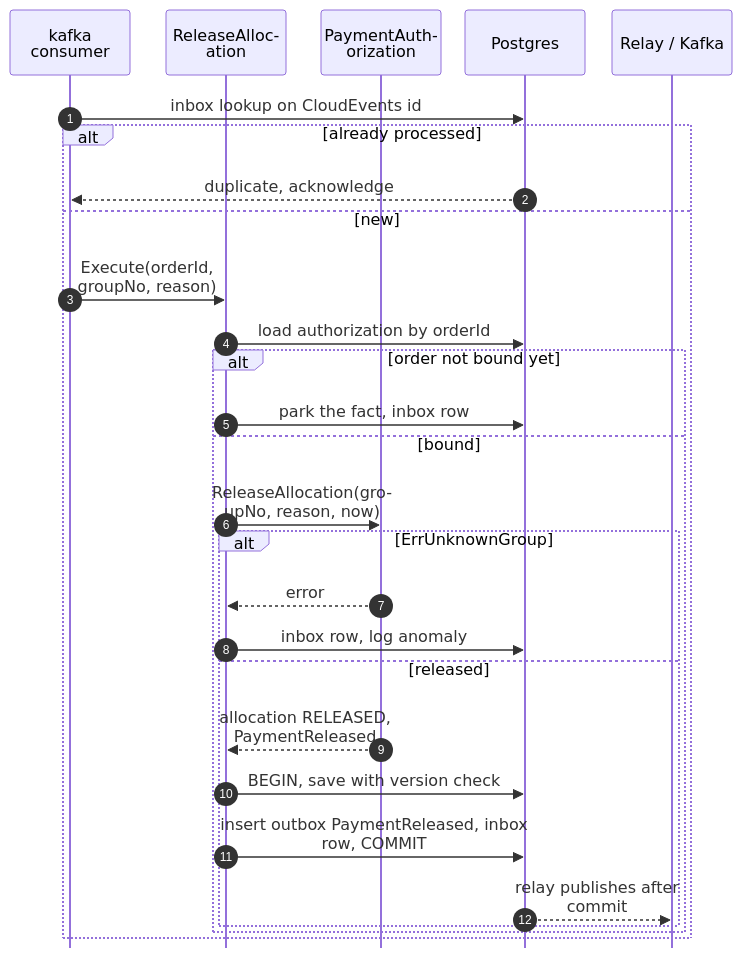
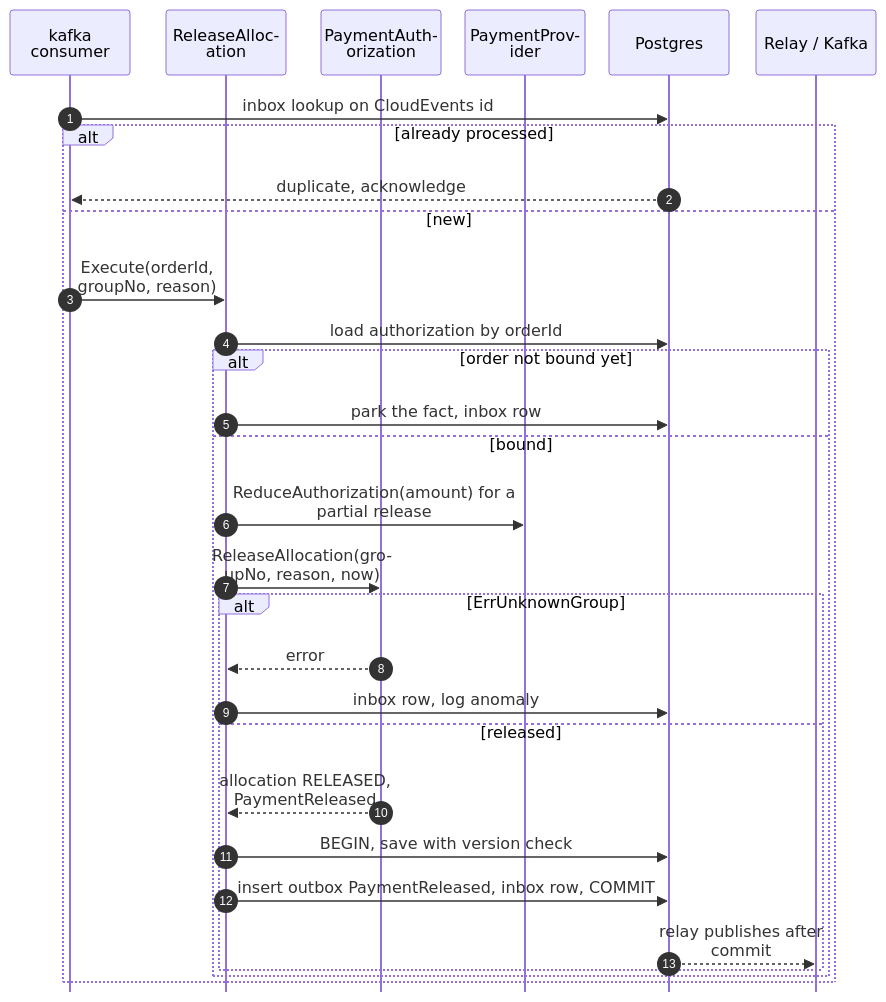
One commit to IQVO/warehouse-docs changed the fifth of 8 diagrams in storefront/docs/contexts/customer-payments/sequence-diagrams.md. Above: the diagram before and after it, drawn with Mermaid. The commit also changed other lines of this file and 11 other files, not shown here.

````diff
--- a/storefront/docs/contexts/customer-payments/sequence-diagrams.md
+++ b/storefront/docs/contexts/customer-payments/sequence-diagrams.md
@@ -262,31 +265,33 @@
 ```mermaid
 %%{init: {"sequence": {"wrap": true, "width": 120, "actorMargin": 24, "messageMargin": 28, "boxMargin": 6, "noteMargin": 6, "mirrorActors": false}}}%%
 sequenceDiagram
     autonumber
     participant C as kafka consumer
     participant UC as ReleaseAllocation
     participant A as PaymentAuthorization
+    participant P as PaymentProvider
     participant DB as Postgres
     participant K as Relay / Kafka
     C->>DB: inbox lookup on CloudEvents id
     alt already processed
         DB-->>C: duplicate, acknowledge
     else new
         C->>UC: Execute(orderId, groupNo, reason)
         UC->>DB: load authorization by orderId
         alt order not bound yet
             UC->>DB: park the fact, inbox row
         else bound
+            UC->>P: ReduceAuthorization(amount) for a partial release
             UC->>A: ReleaseAllocation(groupNo, reason, now)
             alt ErrUnknownGroup
                 A-->>UC: error
                 UC->>DB: inbox row, log anomaly
             else released
                 A-->>UC: allocation RELEASED, PaymentReleased
                 UC->>DB: BEGIN, save with version check
                 UC->>DB: insert outbox PaymentReleased, inbox row, COMMIT
                 DB-->>K: relay publishes after commit
             end
         end
     end
 ```
````
